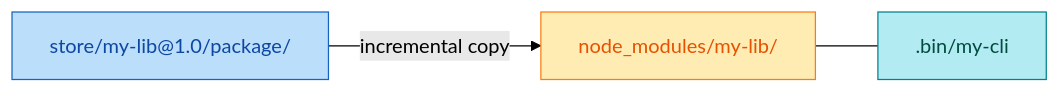
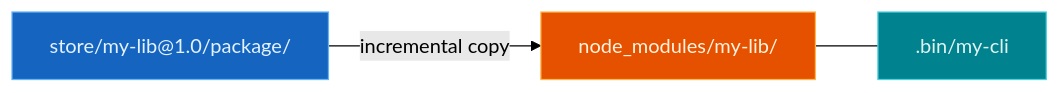
Before and after one commit to oleg-kuibar/plunk: the third of 5 diagrams in docs/how-it-works.md, drawn with Mermaid (forest theme). The commit also changed other lines of this file and 5 other files, not shown here.

First line of the commit message:
docs: use dark-fill mermaid colors for dark-themed UI readability

````diff
--- a/docs/how-it-works.md
+++ b/docs/how-it-works.md
@@ -114,9 +114,9 @@
 ```mermaid
 graph LR
     Store["store/my-lib@1.0/package/"] -- "incremental copy" --> NM["node_modules/my-lib/"]
     NM --- Bin[".bin/my-cli"]
 
-    style Store fill:#bbdefb,stroke:#1565c0,color:#0d47a1
-    style NM fill:#ffecb3,stroke:#f57f17,color:#e65100
-    style Bin fill:#b2ebf2,stroke:#00838f,color:#004d40
+    style Store fill:#1565c0,stroke:#64b5f6,color:#e3f2fd
+    style NM fill:#e65100,stroke:#ffb74d,color:#fff3e0
+    style Bin fill:#00838f,stroke:#4dd0e1,color:#e0f2f1
 ```
````
